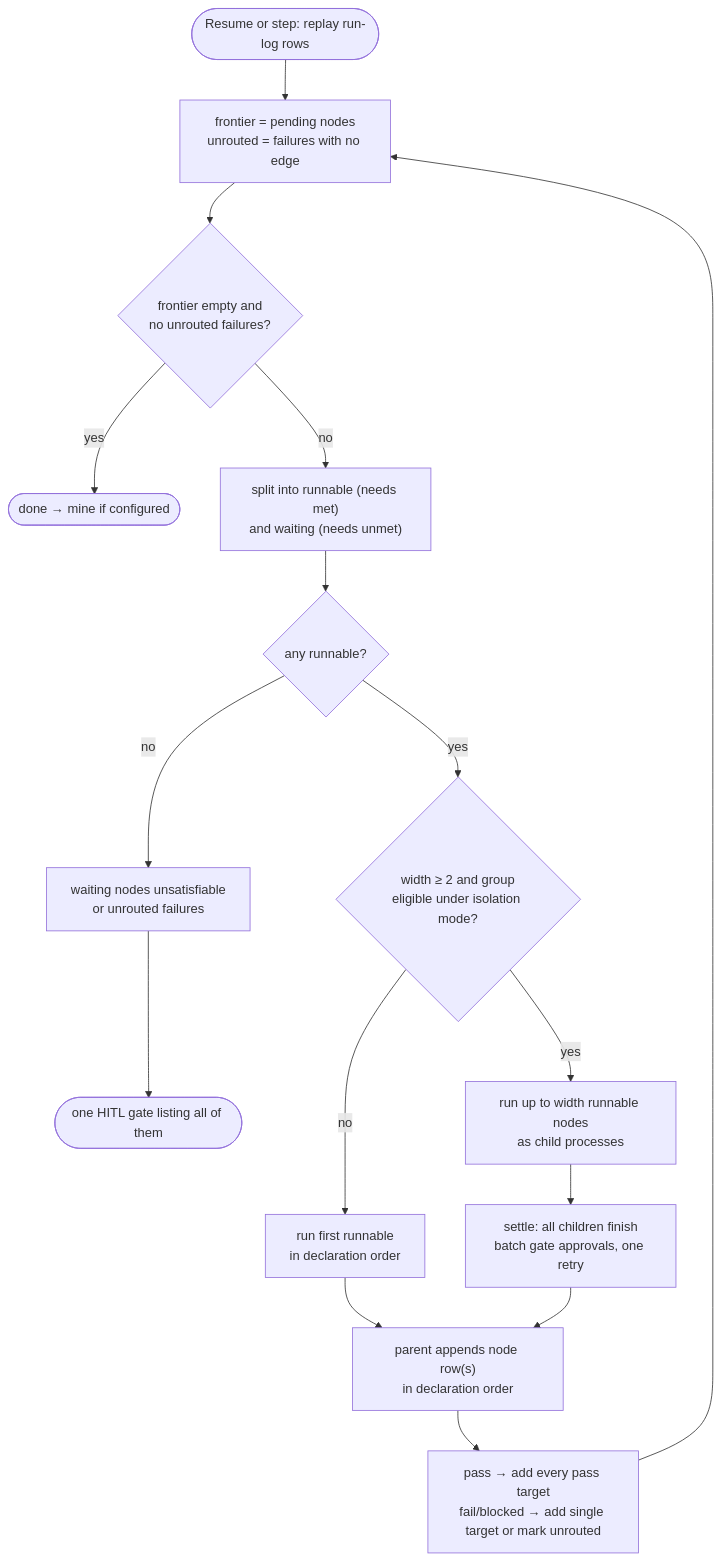
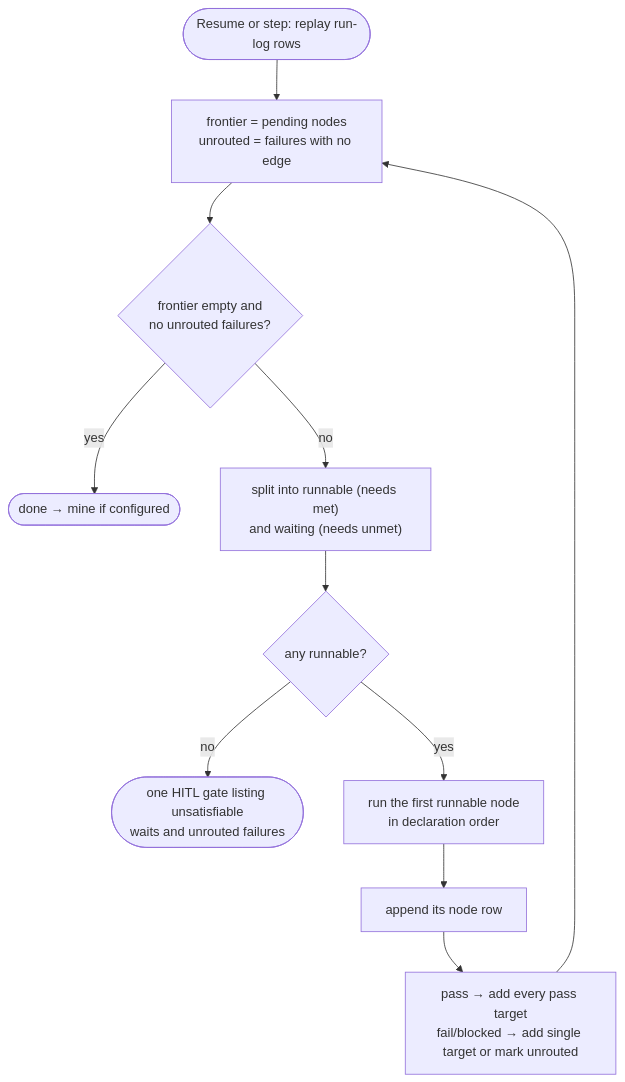
Before and after one commit to XD-Builder/environment-setup: the fourth of 6 diagrams in lmloop/docs/DESIGN_DAG_AND_KNOWLEDGE_CANVAS.md, drawn with Mermaid. The commit also changed other lines of this file and 4 other files, not shown here.

````diff
--- a/lmloop/docs/DESIGN_DAG_AND_KNOWLEDGE_CANVAS.md
+++ b/lmloop/docs/DESIGN_DAG_AND_KNOWLEDGE_CANVAS.md
@@ -389,18 +308,13 @@
 ```mermaid
 flowchart TD
   replay(["Resume or step: replay run-log rows"]) --> frontier["frontier = pending nodes<br/>unrouted = failures with no edge"]
   frontier --> empty{"frontier empty and<br/>no unrouted failures?"}
   empty -->|"yes"| done(["done → mine if configured"])
   empty -->|"no"| split["split into runnable (needs met)<br/>and waiting (needs unmet)"]
   split --> anyrun{"any runnable?"}
-  anyrun -->|"no"| unsat["waiting nodes unsatisfiable<br/>or unrouted failures"]
-  unsat --> gate(["one HITL gate listing all of them"])
-  anyrun -->|"yes"| width{"width ≥ 2 and group<br/>eligible under isolation mode?"}
-  width -->|"no"| one["run first runnable<br/>in declaration order"]
-  width -->|"yes"| group["run up to width runnable nodes<br/>as child processes"]
-  one --> rows["parent appends node row(s)<br/>in declaration order"]
-  group --> settle["settle: all children finish<br/>batch gate approvals, one retry"]
-  settle --> rows
-  rows --> route["pass → add every pass target<br/>fail/blocked → add single target or mark unrouted"]
+  anyrun -->|"no"| gate(["one HITL gate listing unsatisfiable<br/>waits and unrouted failures"])
+  anyrun -->|"yes"| one["run the first runnable node<br/>in declaration order"]
+  one --> row["append its node row"]
+  row --> route["pass → add every pass target<br/>fail/blocked → add single target or mark unrouted"]
   route --> frontier
 ```
````
